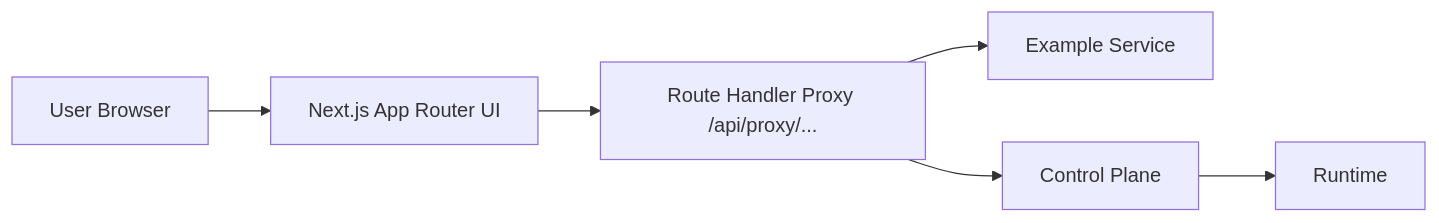
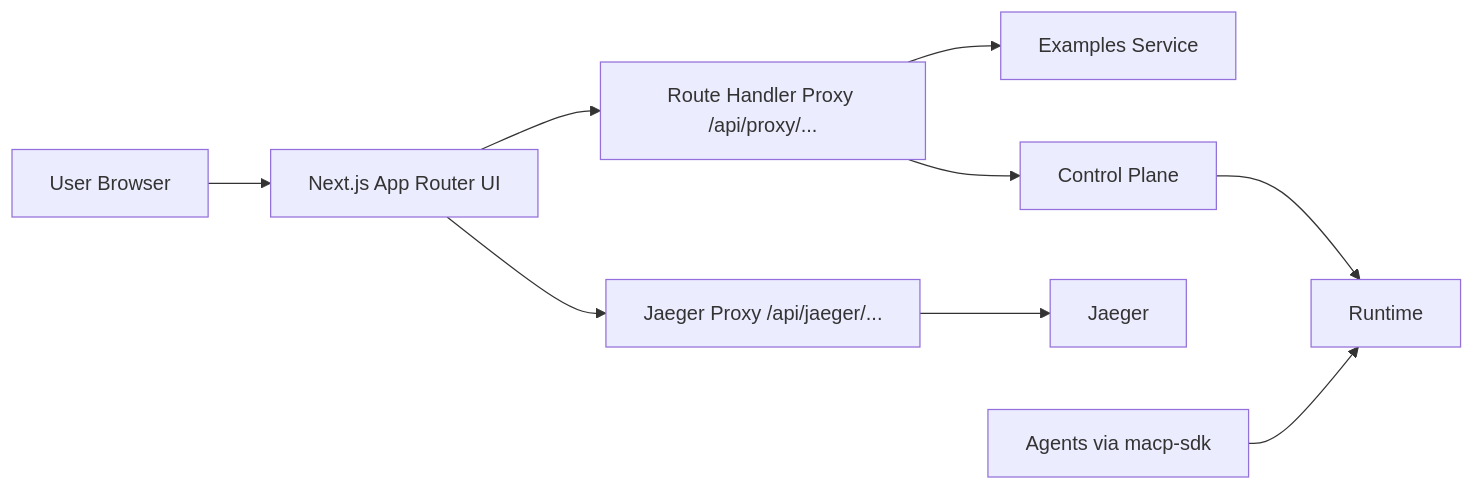
One commit to multiagentcoordinationprotocol/ui-console changed the diagram in docs/architecture.md. Above: the diagram before and after it, drawn with Mermaid. The commit also changed other lines of this file and 5 other files, not shown here.

````diff
--- a/docs/architecture.md
+++ b/docs/architecture.md
@@ -15,8 +15,11 @@
 ```mermaid
 flowchart LR
     User[User Browser] --> UI[Next.js App Router UI]
     UI --> BFF[Route Handler Proxy /api/proxy/...]
-    BFF --> ES[Example Service]
+    UI --> JP[Jaeger Proxy /api/jaeger/...]
+    BFF --> ES[Examples Service]
     BFF --> CP[Control Plane]
     CP --> RT[Runtime]
+    JP --> JG[Jaeger]
+    Agents[Agents via macp-sdk] --> RT
 ```
````
